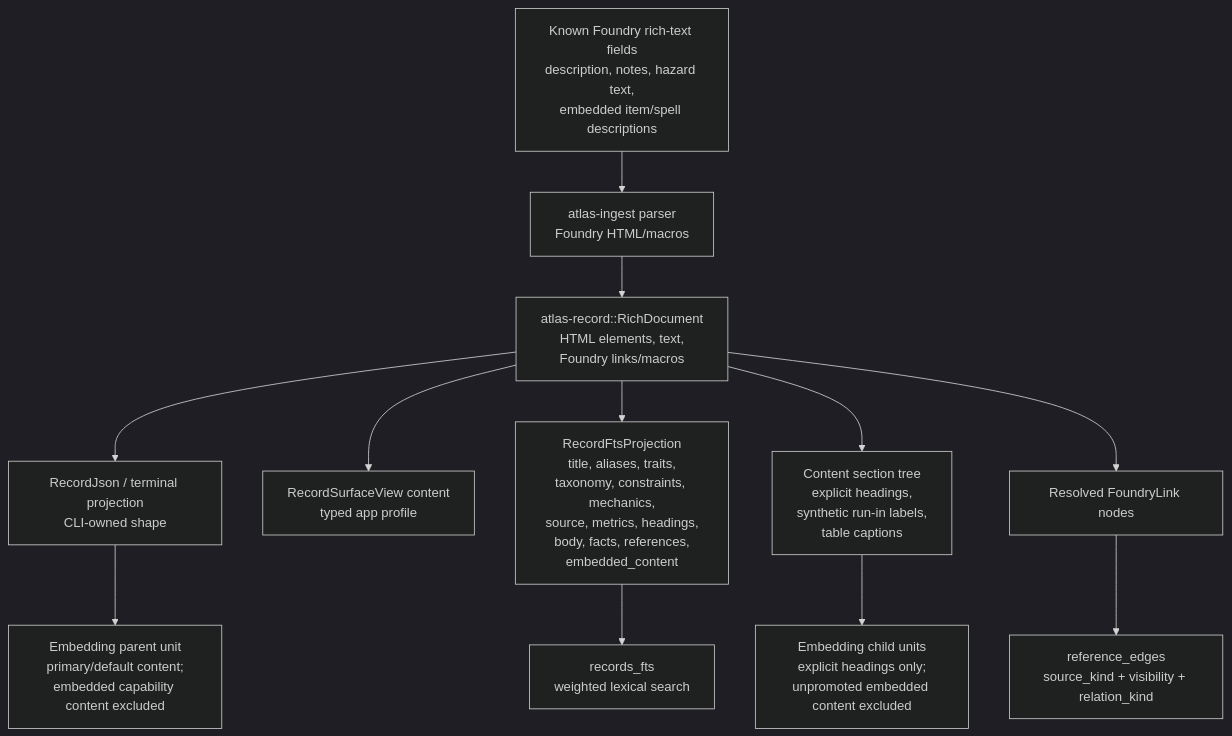
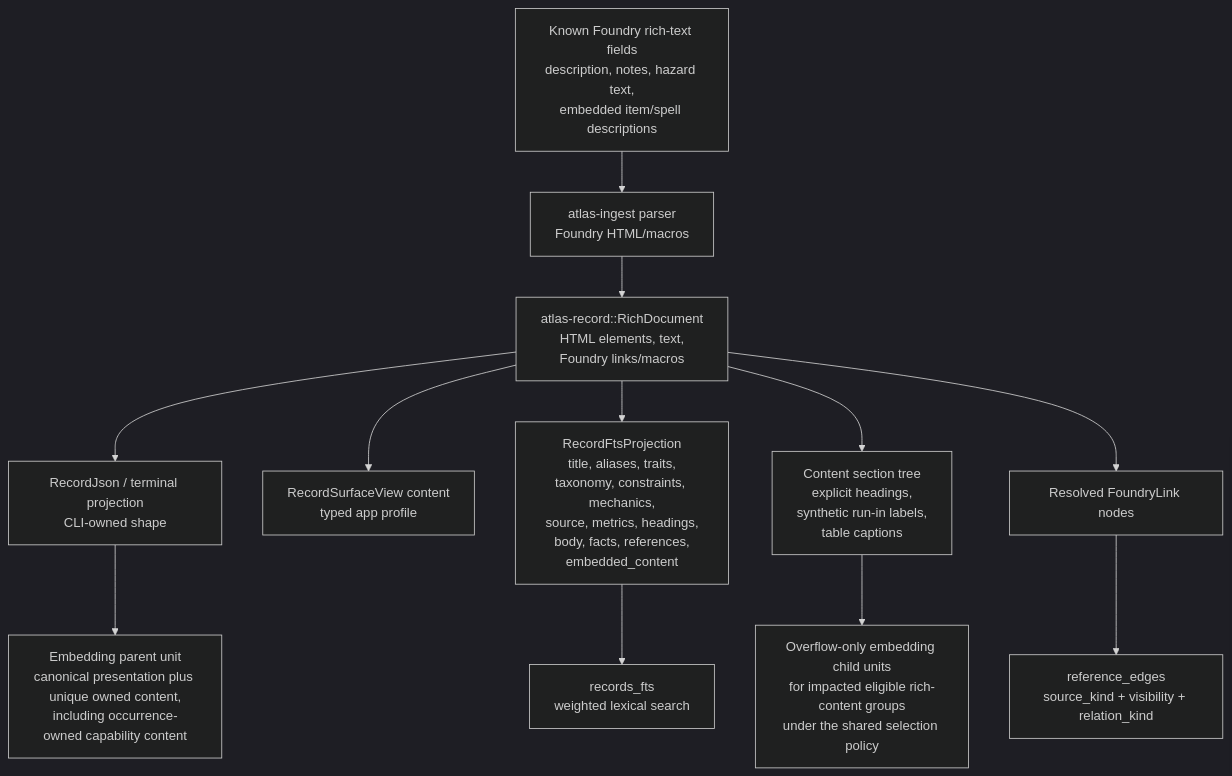
The third of 4 diagrams in docs/architecture/runtime.md (e-kosten/pf2e-atlas), drawn with Mermaid (dark theme) before and after one commit. The commit also changed other lines of this file and 312 other files, not shown here.

````diff
--- a/docs/architecture/runtime.md
+++ b/docs/architecture/runtime.md
@@ -157,16 +162,16 @@
 ```mermaid
 flowchart TD
     markup["Known Foundry rich-text fields<br/>description, notes, hazard text,<br/>embedded item/spell descriptions"] --> parser["atlas-ingest parser<br/>Foundry HTML/macros"]
     parser --> doc["atlas-record::RichDocument<br/>HTML elements, text,<br/>Foundry links/macros"]
 
     doc --> presentation["RecordJson / terminal projection<br/>CLI-owned shape"]
     doc --> appSurface["RecordSurfaceView content<br/>typed app profile"]
     doc --> fts["RecordFtsProjection<br/>title, aliases, traits,<br/>taxonomy, constraints, mechanics,<br/>source, metrics, headings,<br/>body, facts, references,<br/>embedded_content"]
     doc --> tree["Content section tree<br/>explicit headings,<br/>synthetic run-in labels,<br/>table captions"]
     doc --> refs["Resolved FoundryLink nodes"]
 
-    presentation --> parentEmbedding["Embedding parent unit<br/>primary/default content;<br/>embedded capability content excluded"]
-    tree --> childEmbedding["Embedding child units<br/>explicit headings only;<br/>unpromoted embedded content excluded"]
+    presentation --> parentEmbedding["Embedding parent unit<br/>canonical presentation plus unique owned content,<br/>including occurrence-owned capability content"]
+    tree --> childEmbedding["Overflow-only embedding child units<br/>for impacted eligible rich-content groups<br/>under the shared selection policy"]
     refs --> edges["reference_edges<br/>source_kind + visibility + relation_kind"]
     fts --> recordsFts["records_fts<br/>weighted lexical search"]
 ```
````
